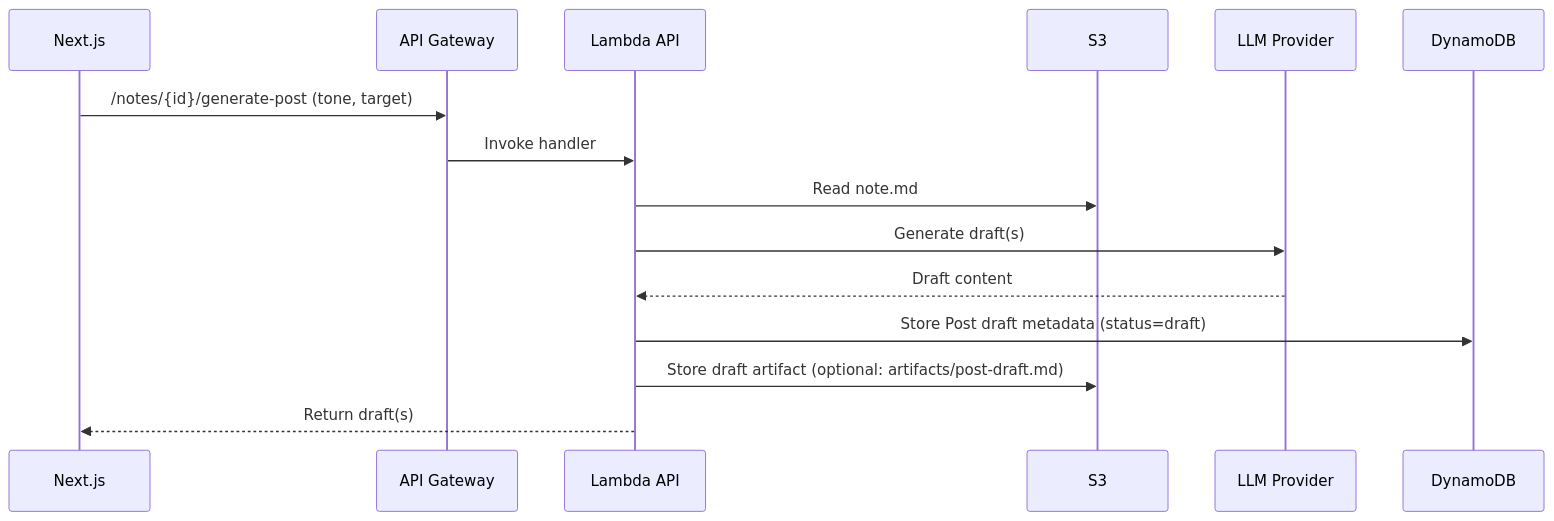
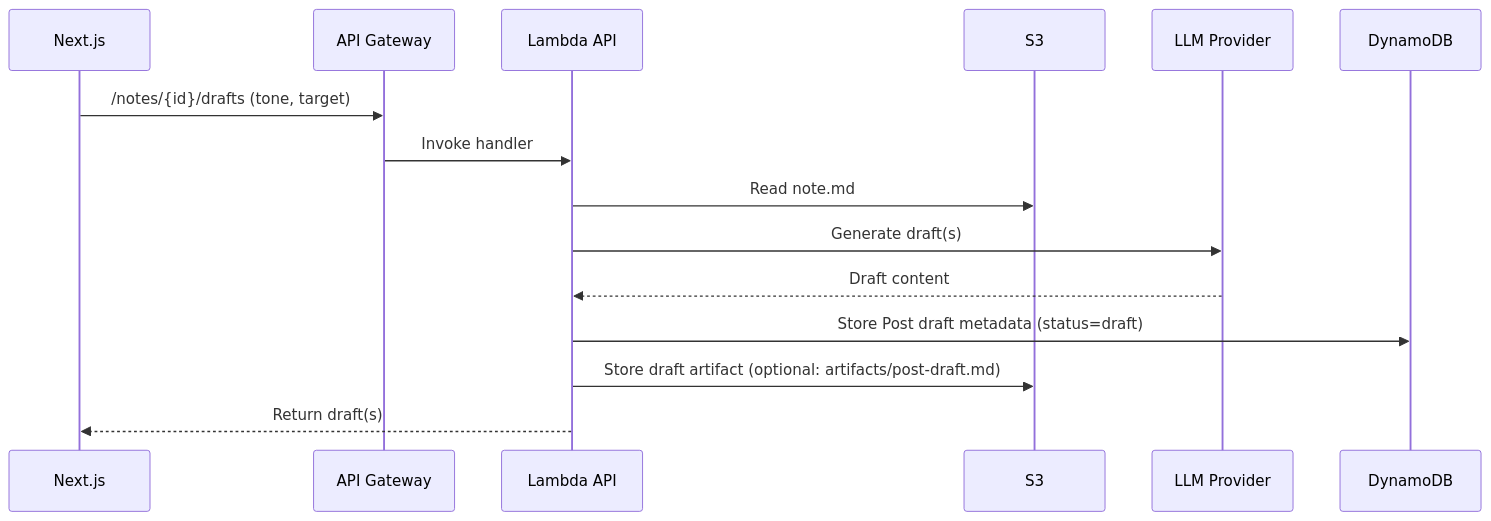
One commit to AhmedYassinH/noteship changed the fourth of 7 diagrams in docs/technical/noteship-system-architecture.md. Above: the diagram before and after it, drawn with Mermaid. The commit also changed other lines of this file and 125 other files, not shown here.

````diff
--- a/docs/technical/noteship-system-architecture.md
+++ b/docs/technical/noteship-system-architecture.md
@@ -233,18 +233,18 @@
 ```mermaid
 sequenceDiagram
   participant FE as Next.js
   participant GW as API Gateway
   participant API as Lambda API
   participant S3 as S3
   participant LLM as LLM Provider
   participant DDB as DynamoDB
 
-  FE->>GW: /notes/{id}/generate-post (tone, target)
+  FE->>GW: /notes/{id}/drafts (tone, target)
   GW->>API: Invoke handler
   API->>S3: Read note.md
   API->>LLM: Generate draft(s)
   LLM-->>API: Draft content
   API->>DDB: Store Post draft metadata (status=draft)
   API->>S3: Store draft artifact (optional: artifacts/post-draft.md)
   API-->>FE: Return draft(s)
 ```
````
